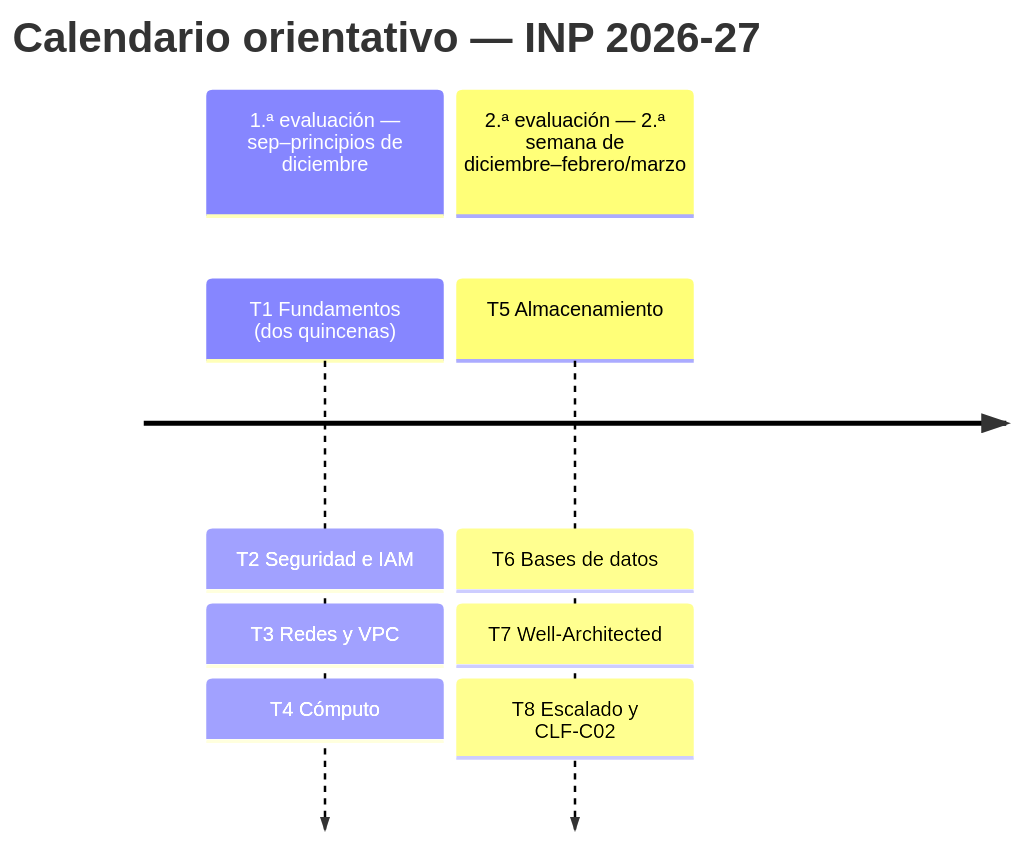
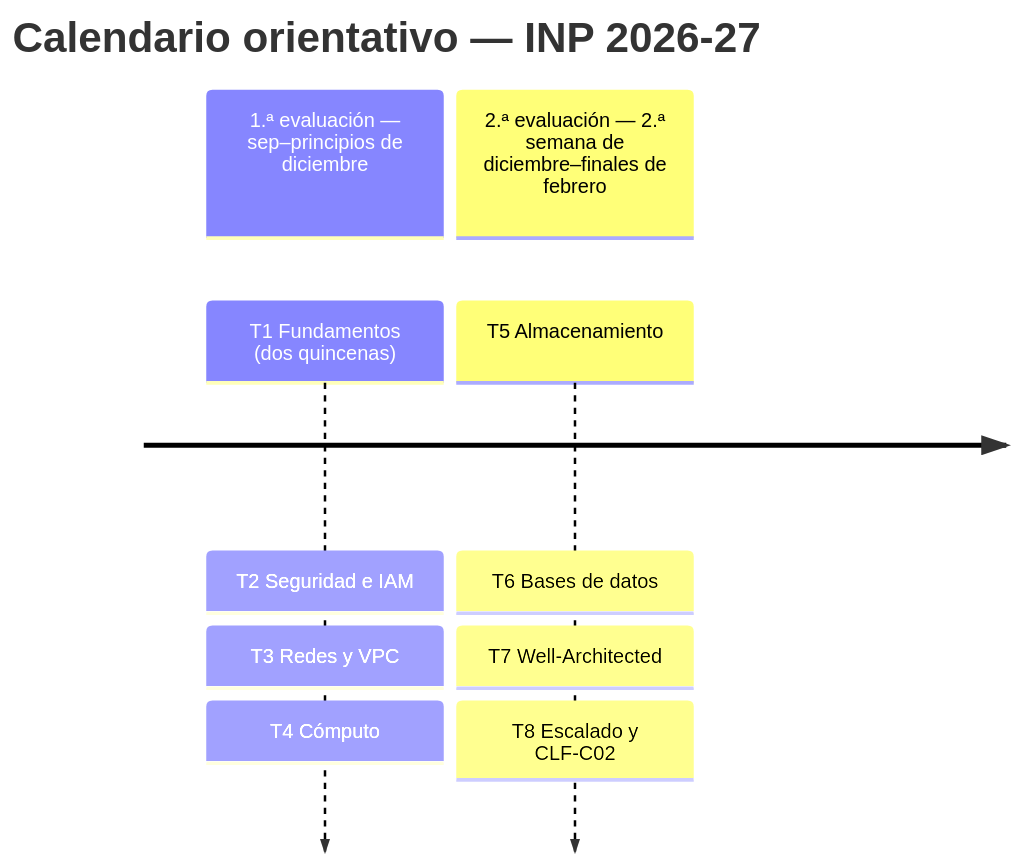
Before and after one commit to fjavier-hernandez/cloud: the first of 2 diagrams in docs/index.md, drawn with Mermaid. The commit also changed other lines of this file and 1 other file, not shown here.

````diff
--- a/docs/index.md
+++ b/docs/index.md
@@ -73,8 +73,8 @@
 ``` mermaid
 timeline
     title Calendario orientativo — INP 2026-27
     section 1.ª evaluación — sep–principios de diciembre
         T1 Fundamentos (dos quincenas) : T2 Seguridad e IAM : T3 Redes y VPC : T4 Cómputo
-    section 2.ª evaluación — 2.ª semana de diciembre–febrero/marzo
+    section 2.ª evaluación — 2.ª semana de diciembre–finales de febrero
         T5 Almacenamiento : T6 Bases de datos : T7 Well-Architected : T8 Escalado y CLF-C02
 ```
````
